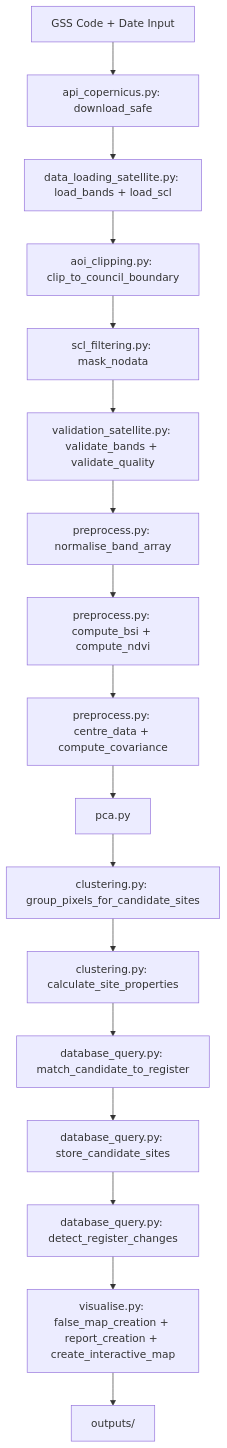
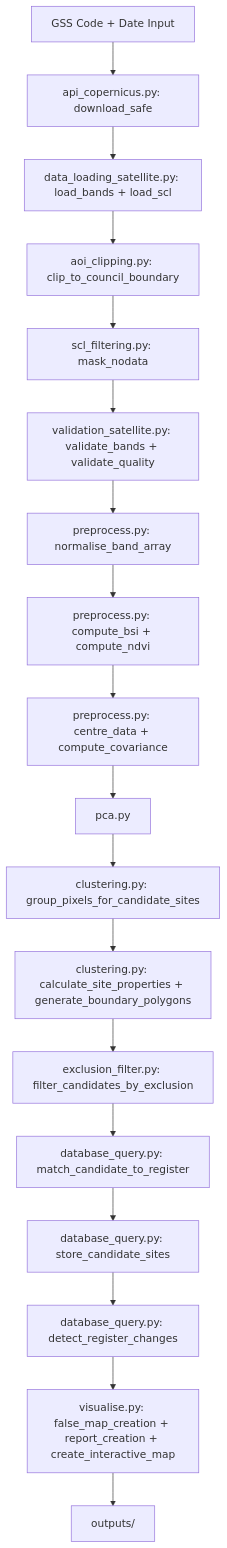
The first of 2 diagrams in DESIGN.md (LukeWardle/sentinel2-brownfield-stoke), drawn with Mermaid before and after one commit. The commit also changed other lines of this file and 4 other files, not shown here.

Commit message:
feat: add non-brownfield exclusion filter - drop candidates majority-inside exclusion zones, wire into pipeline, 12 tests

````diff
--- a/DESIGN.md
+++ b/DESIGN.md
@@ -27,19 +27,20 @@
 ```mermaid
 graph TD
     A[GSS Code + Date Input] --> B[api_copernicus.py: download_safe]
     B --> C[data_loading_satellite.py: load_bands + load_scl]
     C --> D[aoi_clipping.py: clip_to_council_boundary]
     D --> E[scl_filtering.py: mask_nodata]
     E --> F[validation_satellite.py: validate_bands + validate_quality]
     F --> G[preprocess.py: normalise_band_array]
     G --> H[preprocess.py: compute_bsi + compute_ndvi]
     H --> I[preprocess.py: centre_data + compute_covariance]
     I --> J[pca.py]
     J --> K[clustering.py: group_pixels_for_candidate_sites]
-    K --> L[clustering.py: calculate_site_properties]
-    L --> M[database_query.py: match_candidate_to_register]
+    K --> L[clustering.py: calculate_site_properties + generate_boundary_polygons]
+    L --> LX[exclusion_filter.py: filter_candidates_by_exclusion]
+    LX --> M[database_query.py: match_candidate_to_register]
     M --> N[database_query.py: store_candidate_sites]
     N --> O[database_query.py: detect_register_changes]
     O --> P[visualise.py: false_map_creation + report_creation + create_interactive_map]
     P --> Q[outputs/]
 ```
````
